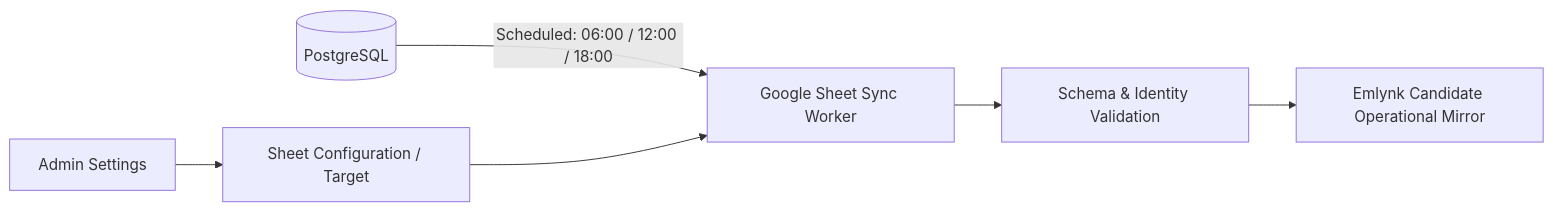
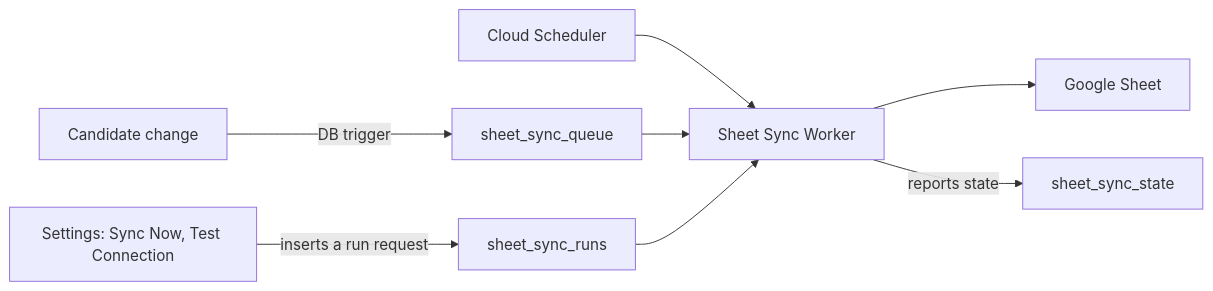
One commit to emlynk-pixel/EmlynkWABot changed the fourth of 4 diagrams in README.md. Above: the diagram before and after it, drawn with Mermaid. The commit also changed other lines of this file, not shown here.

````diff
--- a/README.md
+++ b/README.md
@@ -506,9 +241,10 @@
 ```mermaid
 flowchart LR
-    DB[(PostgreSQL)] -->|"Scheduled: 06:00 / 12:00 / 18:00"| Worker["Google Sheet Sync Worker"]
-    Worker --> Validate["Schema & Identity Validation"]
-    Validate --> Sheet["Emlynk Candidate Operational Mirror"]
-
-    Settings["Admin Settings"] --> Config["Sheet Configuration / Target"]
-    Config --> Worker
+    Change["Candidate change"] -->|"DB trigger"| Queue["sheet_sync_queue"]
+    Admin["Settings: Sync Now, Test Connection"] -->|"inserts a run request"| Runs["sheet_sync_runs"]
+    Scheduler["Cloud Scheduler"] --> Worker["Sheet Sync Worker"]
+    Queue --> Worker
+    Runs --> Worker
+    Worker --> Sheet["Google Sheet"]
+    Worker -->|"reports state"| State["sheet_sync_state"]
 ```
````
